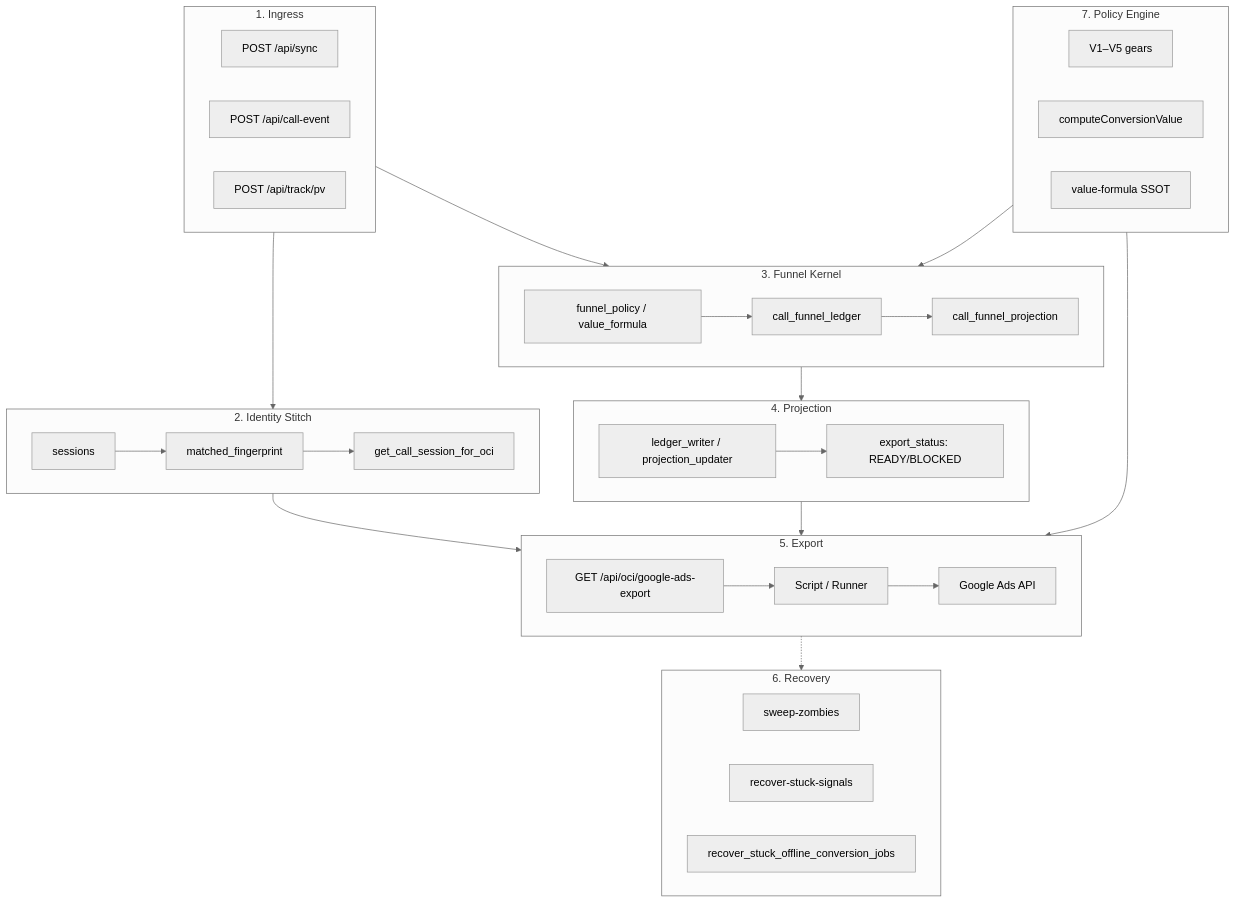
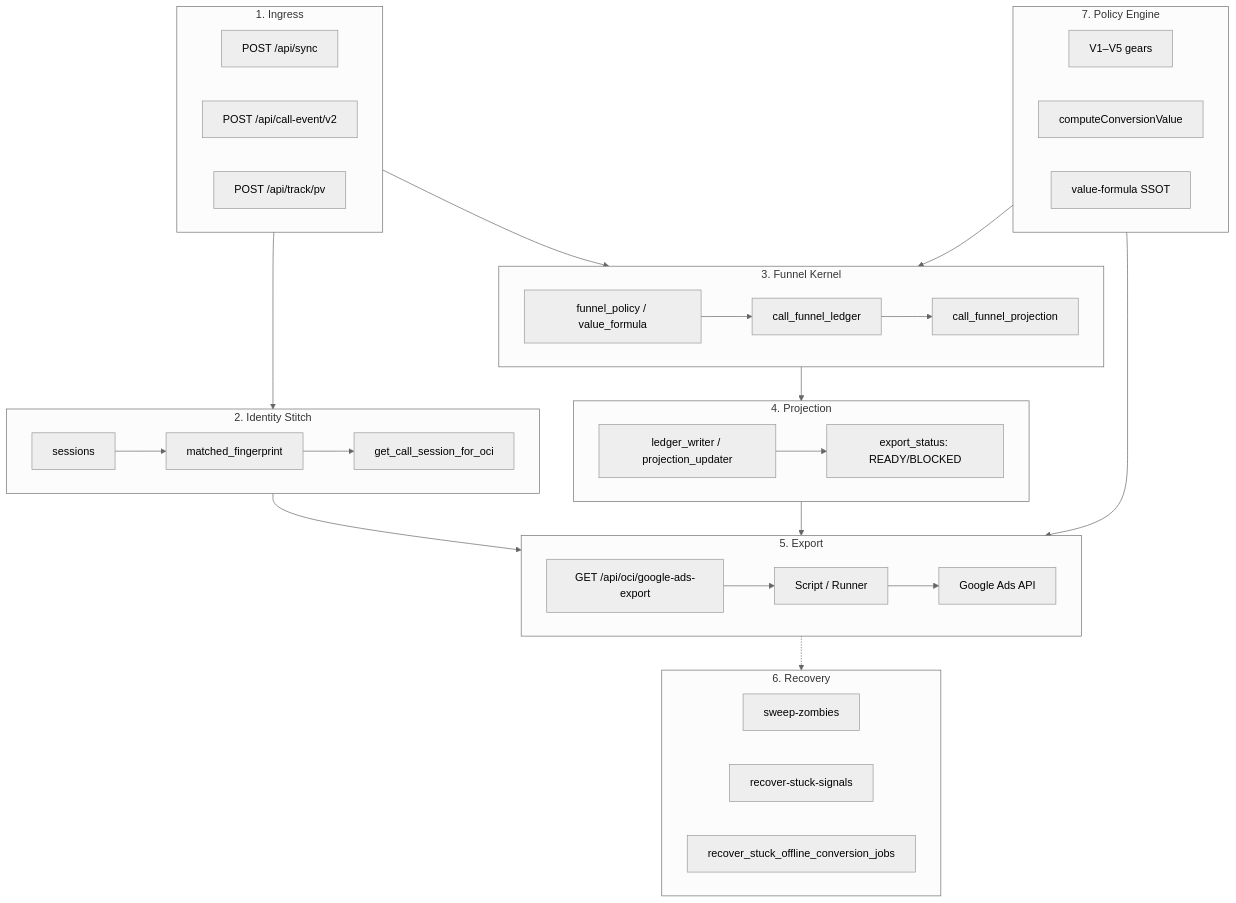
Before and after one commit to otomantik/OpsMantik: the diagram in docs/architecture/MASTER_ARCHITECTURE_MAP.md, drawn with Mermaid (neutral theme). The commit also changed other lines of this file and 9 other files, not shown here.

First line of the commit message:
fix(ingest): sunset call-event v1 with 410 shim and v2 forward rollback

````diff
--- a/docs/architecture/MASTER_ARCHITECTURE_MAP.md
+++ b/docs/architecture/MASTER_ARCHITECTURE_MAP.md
@@ -9,57 +9,57 @@
 ```mermaid
 flowchart TB
     subgraph Ingress["1. Ingress"]
         A1[POST /api/sync]
-        A2[POST /api/call-event]
+        A2[POST /api/call-event/v2]
         A3[POST /api/track/pv]
     end
 
     subgraph Identity["2. Identity Stitch"]
         B1[sessions]
         B2[matched_fingerprint]
         B3[get_call_session_for_oci]
         B1 --> B2
         B2 --> B3
     end
 
     subgraph Funnel["3. Funnel Kernel"]
         C1[call_funnel_ledger]
         C2[call_funnel_projection]
         C3[funnel_policy / value_formula]
         C1 --> C2
         C3 --> C1
     end
 
     subgraph Projection["4. Projection"]
         D1[export_status: READY/BLOCKED]
         D2[ledger_writer / projection_updater]
         D2 --> D1
     end
 
     subgraph Export["5. Export"]
         E1[GET /api/oci/google-ads-export]
         E2[Script / Runner]
         E3[Google Ads API]
         E1 --> E2 --> E3
     end
 
     subgraph Recovery["6. Recovery"]
         F1[sweep-zombies]
         F2[recover-stuck-signals]
         F3[recover_stuck_offline_conversion_jobs]
     end
 
     subgraph Policy["7. Policy Engine"]
         G1[V1–V5 gears]
         G2[computeConversionValue]
         G3[value-formula SSOT]
     end
 
     Ingress --> Identity
     Ingress --> Funnel
     Identity --> Export
     Funnel --> Projection --> Export
     Export -.-> Recovery
     Policy --> Funnel
     Policy --> Export
 ```
````
